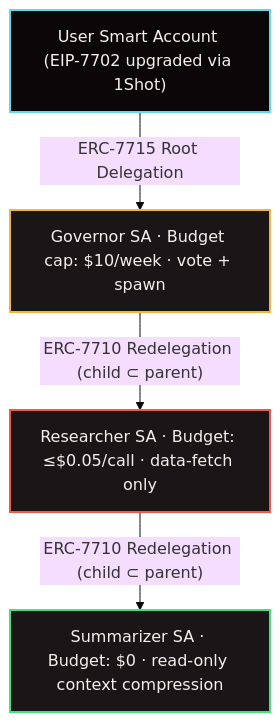
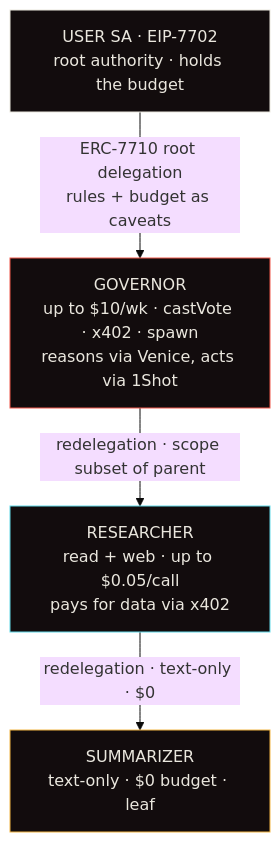
The diagram in README.md (harsh11067/wawiop), drawn with Mermaid (base theme) before and after one commit. The commit also changed other lines of this file and 51 other files, not shown here.

````diff
--- a/README.md
+++ b/README.md
@@ -35,16 +31,16 @@
 ```mermaid
 graph TD
-    UserSA["User Smart Account (EIP-7702 upgraded via 1Shot)"]
-    GovSA["Governor SA · Budget cap: $10/week · vote + spawn"]
-    ResSA["Researcher SA · Budget: ≤$0.05/call · data-fetch only"]
-    SumSA["Summarizer SA · Budget: $0 · read-only context compression"]
+    U["USER SA · EIP-7702<br/>root authority · holds the budget"]
+    G["GOVERNOR<br/>up to $10/wk · castVote · x402 · spawn<br/>reasons via Venice, acts via 1Shot"]
+    R["RESEARCHER<br/>read + web · up to $0.05/call<br/>pays for data via x402"]
+    S["SUMMARIZER<br/>text-only · $0 budget · leaf"]
 
-    UserSA -- "ERC-7715 Root Delegation" --> GovSA
-    GovSA -- "ERC-7710 Redelegation (child ⊂ parent)" --> ResSA
-    ResSA -- "ERC-7710 Redelegation (child ⊂ parent)" --> SumSA
+    U -->|"ERC-7710 root delegation<br/>rules + budget as caveats"| G
+    G -->|"redelegation · scope subset of parent"| R
+    R -->|"redelegation · text-only · $0"| S
 
-    style UserSA fill:#0B0708,stroke:#62D9E8,stroke-width:2px,color:#F5F0EB
-    style GovSA fill:#1A1517,stroke:#F2B544,stroke-width:2px,color:#F5F0EB
-    style ResSA fill:#1A1517,stroke:#F0584A,stroke-width:2px,color:#F5F0EB
-    style SumSA fill:#1A1517,stroke:#4ADE80,stroke-width:2px,color:#F5F0EB
+    style U fill:#120C0D,stroke:#EAE7DE,color:#EAE7DE
+    style G fill:#120C0D,stroke:#F0584A,color:#EAE7DE
+    style R fill:#120C0D,stroke:#62D9E8,color:#EAE7DE
+    style S fill:#120C0D,stroke:#F2B544,color:#EAE7DE
 ```
````
